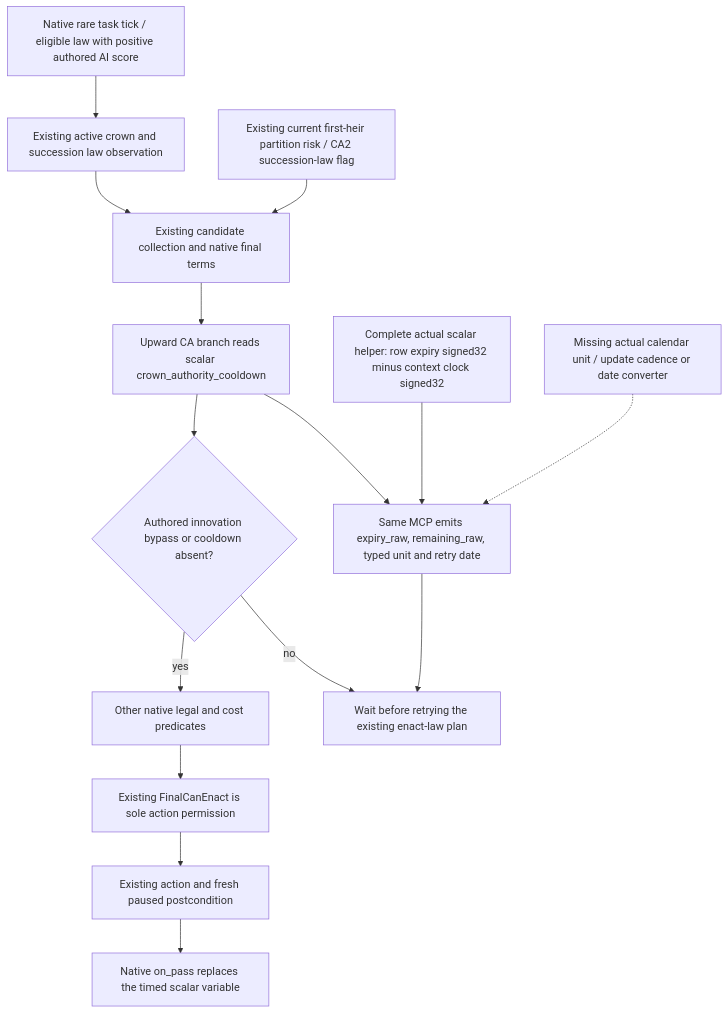
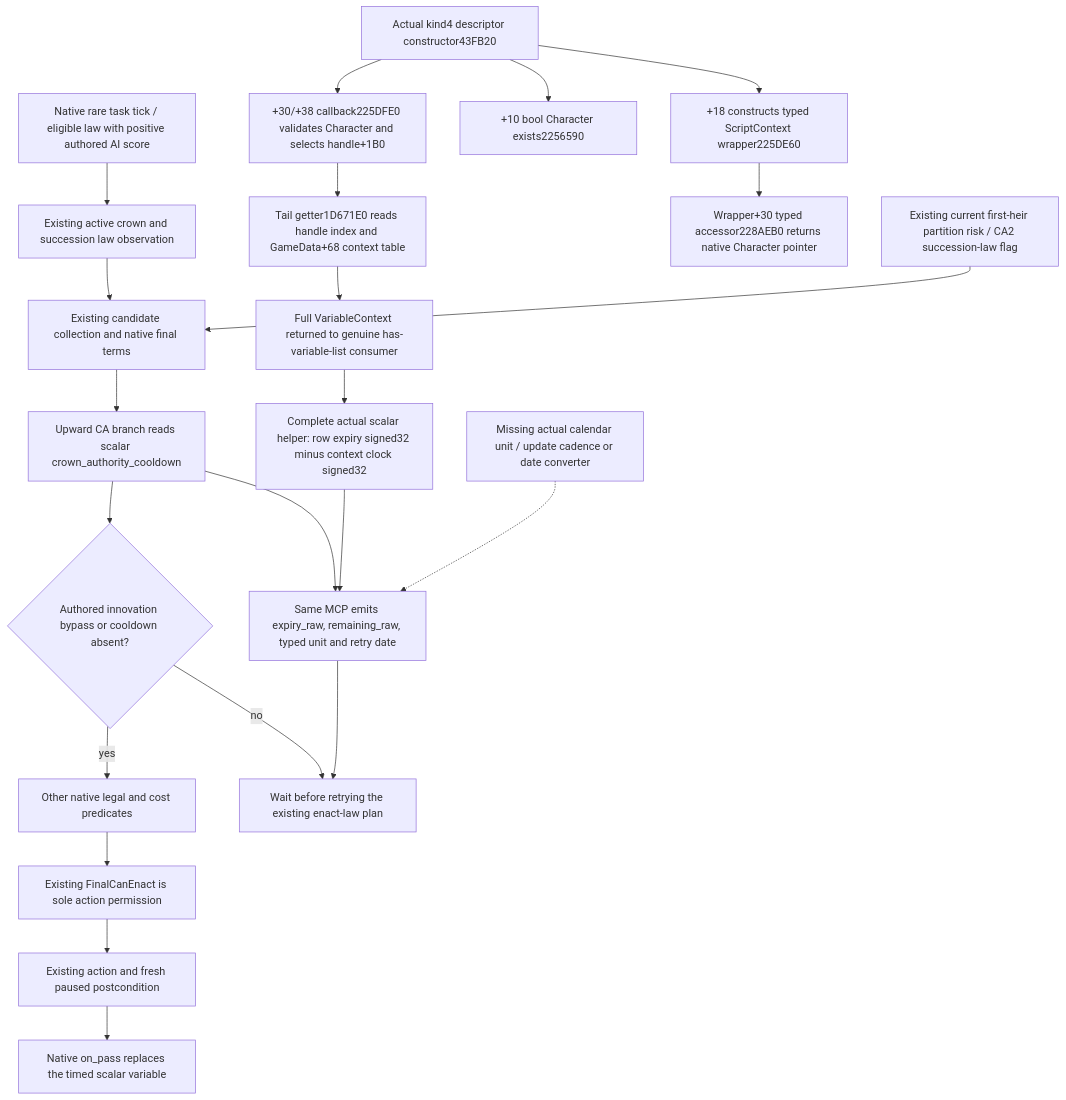
The diagram in docs/ck3-native-ai/crown-authority-cooldown-observer-12004.md (XenoAmess/ck3_eternal_recurrence), drawn with Mermaid before and after one commit. The commit also changed other lines of this file and 3 other files, not shown here.

````diff
--- a/docs/ck3-native-ai/crown-authority-cooldown-observer-12004.md
+++ b/docs/ck3-native-ai/crown-authority-cooldown-observer-12004.md
@@ -13,17 +13,24 @@
 ```mermaid
 flowchart TD
   N[Native rare task tick / eligible law with positive authored AI score] --> A[Existing active crown and succession law observation]
   A --> C[Existing candidate collection and native final terms]
   C --> V[Upward CA branch reads scalar crown_authority_cooldown]
   V --> B{Authored innovation bypass or cooldown absent?}
   B -->|yes| P[Other native legal and cost predicates]
   B -->|no| W[Wait before retrying the existing enact-law plan]
   P --> F[Existing FinalCanEnact is sole action permission]
   F --> O[Existing action and fresh paused postcondition]
   O --> E[Native on_pass replaces the timed scalar variable]
   S[Complete actual scalar helper: row expiry signed32 minus context clock signed32] --> T[Same MCP emits expiry_raw, remaining_raw, typed unit and retry date]
+  R[Actual kind4 descriptor constructor43FB20] --> X[+30/+38 callback225DFE0 validates Character and selects handle+1B0]
+  R --> K[+10 bool Character exists2256590]
+  R --> Y[+18 constructs typed ScriptContext wrapper225DE60]
+  X --> G[Tail getter1D671E0 reads handle index and GameData+68 context table]
+  G --> Q[Full VariableContext returned to genuine has-variable-list consumer]
+  Y --> Z[Wrapper+30 typed accessor228AEB0 returns native Character pointer]
+  Q --> S
   U[Missing actual calendar unit / update cadence or date converter] -.-> T
   V --> T
   T --> W
   H[Existing current first-heir partition risk / CA2 succession-law flag] --> C
 ```
````
